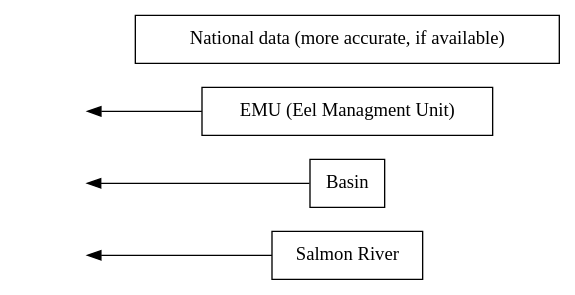
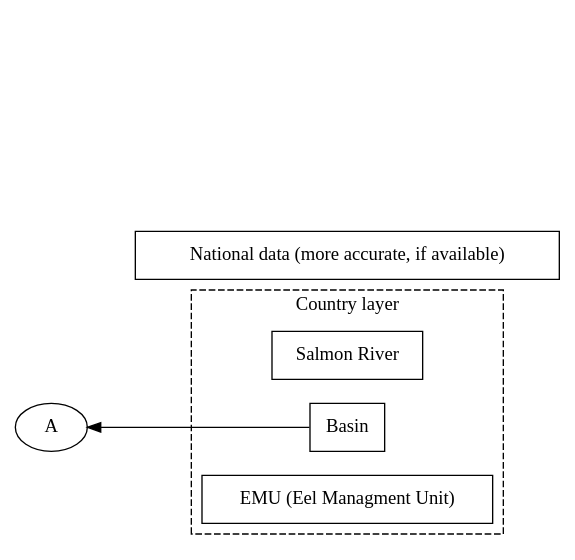
Before and after one commit to DIASPARAproject/WP3_migdb: the second of 2 diagrams in R/diaspara_WP3_presentation.qmd, drawn with Graphviz. The commit also changed other lines of this file, not shown here.

Commit message:
dev: creating a diagram for habitat db

````diff
--- a/R/diaspara_WP3_presentation.qmd
+++ b/R/diaspara_WP3_presentation.qmd
@@ -83,16 +117,27 @@
 ```{dot}
 digraph {
     rankdir=RL; // Right-to-left
-    A [label="Salmon River", shape=box];
-    B [label="Basin", shape=box];
-    C [label="EMU (Eel Managment Unit)", shape=box];
-    D [label="National data (more accurate, if available)", shape=box];
-    E [label="",shape=none]
-    F [label="",shape=none]
-    G [label="",shape=none]
+    I [label="Salmon River", shape=box];
+    J [label="Basin", shape=box];
+    K [label="EMU (Eel Managment Unit)", shape=box];
+    L [label="National data (more accurate, if available)", shape=box];
+    M [label="",shape=none]
+    N [label="",shape=none]
+    O [label="",shape=none]
 
-    A -> E
-    B -> F
-    C -> G    
+    subgraph clusterC {
+      label = "Country layer";
+      style=dashed;
+      color=black;
+      I;
+      J;
+      K;
+    }
+
+    J -> A [ltail=clusterC,lhead=clusterA];
+
+    // A -> E
+    // B -> F
+    // C -> G    
 }
 ```
````
